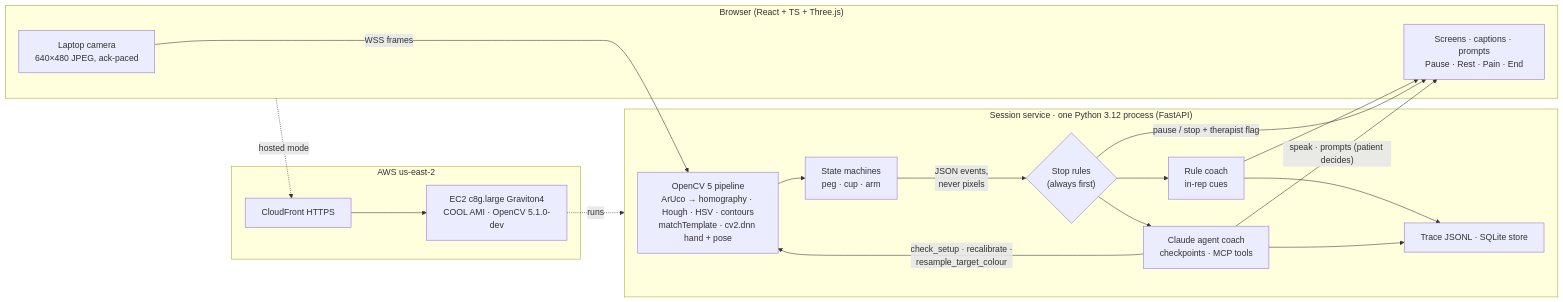
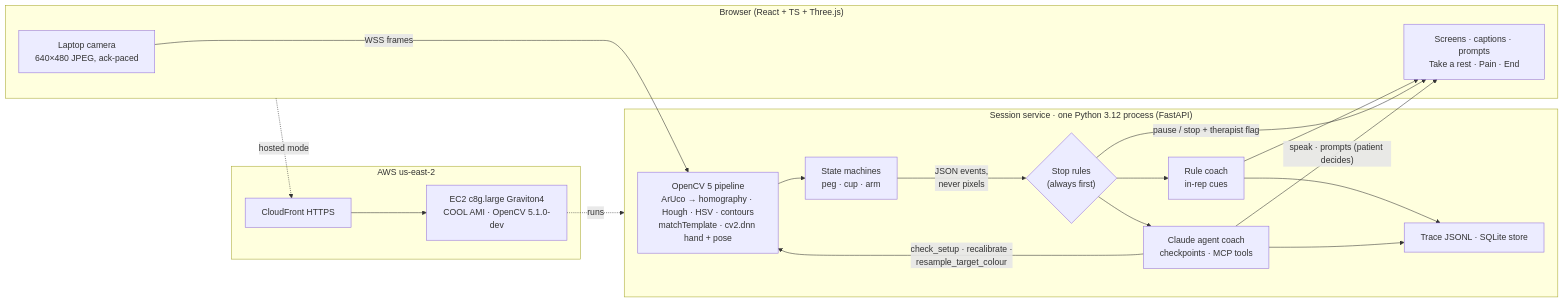
Before and after one commit to Sathvik609/Praxis: the diagram in docs/TECHNICAL_REPORT.md, drawn with Mermaid. The commit also changed other lines of this file and 3 other files, not shown here.

````diff
--- a/docs/TECHNICAL_REPORT.md
+++ b/docs/TECHNICAL_REPORT.md
@@ -83,27 +83,27 @@
 ```mermaid
 flowchart LR
     subgraph B["Browser (React + TS + Three.js)"]
       CAM["Laptop camera<br/>640×480 JPEG, ack-paced"]
-      UI["Screens · captions · prompts<br/>Pause · Rest · Pain · End"]
+      UI["Screens · captions · prompts<br/>Take a rest · Pain · End"]
     end
     subgraph S["Session service · one Python 3.12 process (FastAPI)"]
       P["OpenCV 5 pipeline<br/>ArUco → homography · Hough · HSV · contours<br/>matchTemplate · cv2.dnn hand + pose"]
       F["State machines<br/>peg · cup · arm"]
       R{"Stop rules<br/>(always first)"}
       RC["Rule coach<br/>in-rep cues"]
       AG["Claude agent coach<br/>checkpoints · MCP tools"]
       T["Trace JSONL · SQLite store"]
     end
     CAM -->|"WSS frames"| P --> F -->|"JSON events,<br/>never pixels"| R --> RC --> UI
     R -->|"pause / stop + therapist flag"| UI
     R --> AG
     AG -->|"check_setup · recalibrate ·<br/>resample_target_colour"| P
     AG -->|"speak · prompts (patient decides)"| UI
     RC --> T
     AG --> T
     subgraph A["AWS us-east-2"]
       CF["CloudFront HTTPS"] --> EC2["EC2 c8g.large Graviton4<br/>COOL AMI · OpenCV 5.1.0-dev"]
     end
     B -. "hosted mode" .-> CF
     EC2 -. "runs" .-> S
 ```
````
